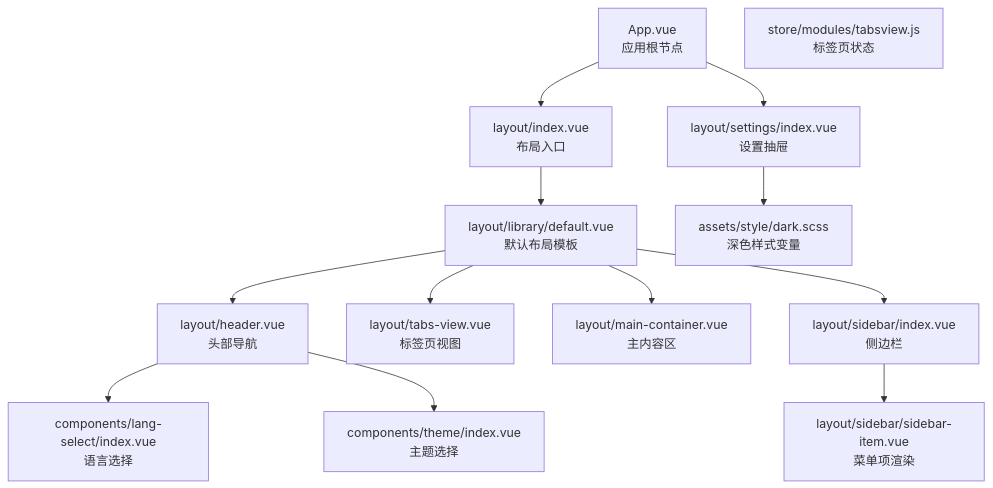
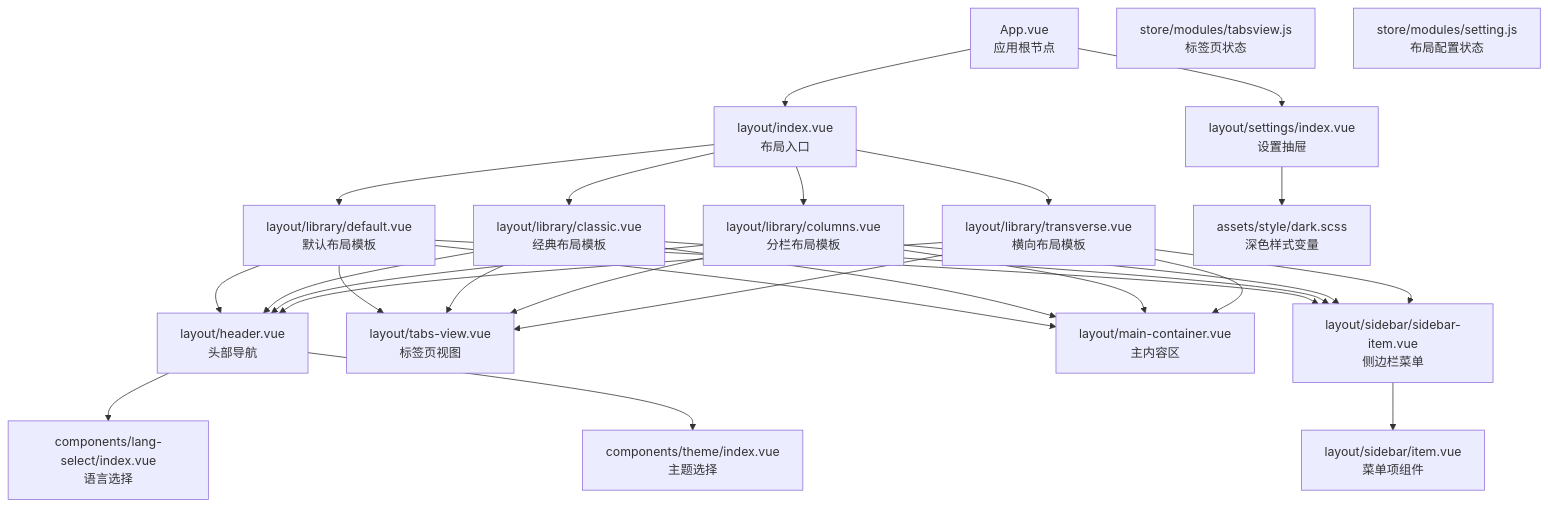
The first of 9 diagrams in .qoder/repowiki/zh/content/组件系统/布局组件.md (Neveryu/vue-cms), drawn with Mermaid before and after one commit. The commit also changed other lines of this file and 8 other files, not shown here.

````diff
--- a/.qoder/repowiki/zh/content/组件系统/布局组件.md
+++ b/.qoder/repowiki/zh/content/组件系统/布局组件.md
@@ -38,15 +52,31 @@
 ```mermaid
 graph TB
 App["App.vue<br/>应用根节点"] --> LayoutIndex["layout/index.vue<br/>布局入口"]
 LayoutIndex --> DefaultLayout["layout/library/default.vue<br/>默认布局模板"]
+LayoutIndex --> ClassicLayout["layout/library/classic.vue<br/>经典布局模板"]
+LayoutIndex --> ColumnsLayout["layout/library/columns.vue<br/>分栏布局模板"]
+LayoutIndex --> TransverseLayout["layout/library/transverse.vue<br/>横向布局模板"]
 DefaultLayout --> Header["layout/header.vue<br/>头部导航"]
+ClassicLayout --> Header
+ColumnsLayout --> Header
+TransverseLayout --> Header
 DefaultLayout --> TabsView["layout/tabs-view.vue<br/>标签页视图"]
+ClassicLayout --> TabsView
+ColumnsLayout --> TabsView
+TransverseLayout --> TabsView
 DefaultLayout --> MainContainer["layout/main-container.vue<br/>主内容区"]
-DefaultLayout --> Sidebar["layout/sidebar/index.vue<br/>侧边栏"]
-Sidebar --> SidebarItem["layout/sidebar/sidebar-item.vue<br/>菜单项渲染"]
+ClassicLayout --> MainContainer
+ColumnsLayout --> MainContainer
+TransverseLayout --> MainContainer
+DefaultLayout --> Sidebar["layout/sidebar/sidebar-item.vue<br/>侧边栏菜单"]
+ClassicLayout --> Sidebar
+ColumnsLayout --> Sidebar
+TransverseLayout --> Sidebar
+Sidebar --> SidebarItem["layout/sidebar/item.vue<br/>菜单项组件"]
 App --> Settings["layout/settings/index.vue<br/>设置抽屉"]
 Header --> LangSelect["components/lang-select/index.vue<br/>语言选择"]
 Header --> ThemeComp["components/theme/index.vue<br/>主题选择"]
 Settings --> DarkSCSS["assets/style/dark.scss<br/>深色样式变量"]
 TabsStore["store/modules/tabsview.js<br/>标签页状态"]
+SettingStore["store/modules/setting.js<br/>布局配置状态"]
 ```
````
